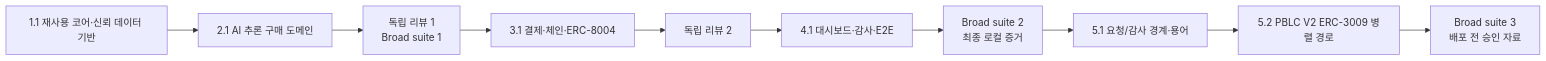
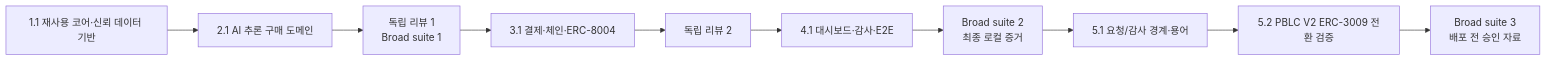
Before and after one commit to codenameVien/ai-agent-payment-audit: the diagram in aidlc-docs/inception/tasks.md, drawn with Mermaid. The commit also changed other lines of this file and 39 other files, not shown here.

````diff
--- a/aidlc-docs/inception/tasks.md
+++ b/aidlc-docs/inception/tasks.md
@@ -33,12 +33,12 @@
 ```mermaid
 flowchart LR
   P1["1.1 재사용 코어·신뢰 데이터 기반"] --> P2["2.1 AI 추론 구매 도메인"]
   P2 --> R1["독립 리뷰 1<br/>Broad suite 1"]
   R1 --> P3["3.1 결제·체인·ERC-8004"]
   P3 --> R2["독립 리뷰 2"]
   R2 --> P4["4.1 대시보드·감사·E2E"]
   P4 --> B2["Broad suite 2<br/>최종 로컬 증거"]
   B2 --> P5["5.1 요청/감사 경계·용어"]
-  P5 --> P6["5.2 PBLC V2 ERC-3009 병렬 경로"]
+  P5 --> P6["5.2 PBLC V2 ERC-3009 전환 검증"]
   P6 --> B3["Broad suite 3<br/>배포 전 승인 자료"]
 ```
````
